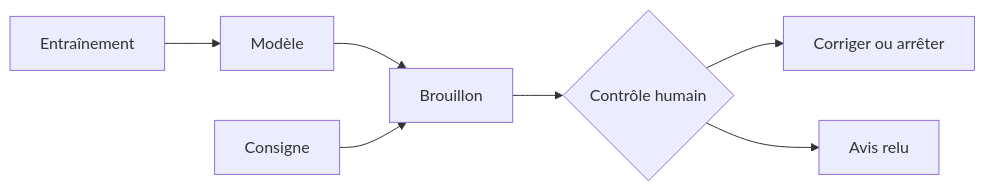
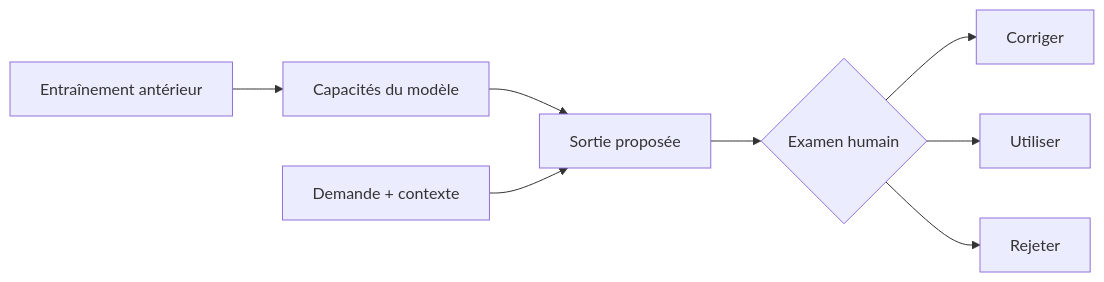
The diagram in teaching/visuals/s02/fr/model-workflow.mmd (Ange230700/ibm-ai-foundations-for-everyone-notes), drawn with Mermaid before and after one commit. The commit also changed 7 other files, not shown here.

```diff
--- a/teaching/visuals/s02/fr/model-workflow.mmd
+++ b/teaching/visuals/s02/fr/model-workflow.mmd
@@ -1,7 +1,8 @@
 flowchart LR
- A["Entraînement"] --> B["Modèle"]
- B --> C["Brouillon"]
- D["Consigne"] --> C
- C --> E{"Contrôle humain"}
- E --> F["Corriger ou arrêter"]
- E --> G["Avis relu"]
+ A["Entraînement antérieur"] --> B["Capacités du modèle"]
+ B --> D["Sortie proposée"]
+ C["Demande + contexte"] --> D
+ D --> E{"Examen humain"}
+ E --> F["Corriger"]
+ E --> G["Utiliser"]
+ E --> H["Rejeter"]
```
